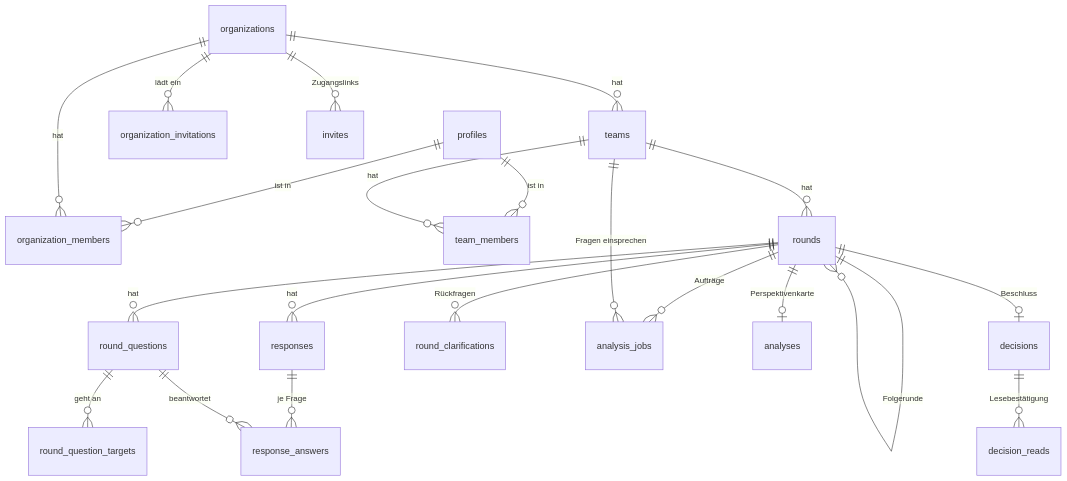
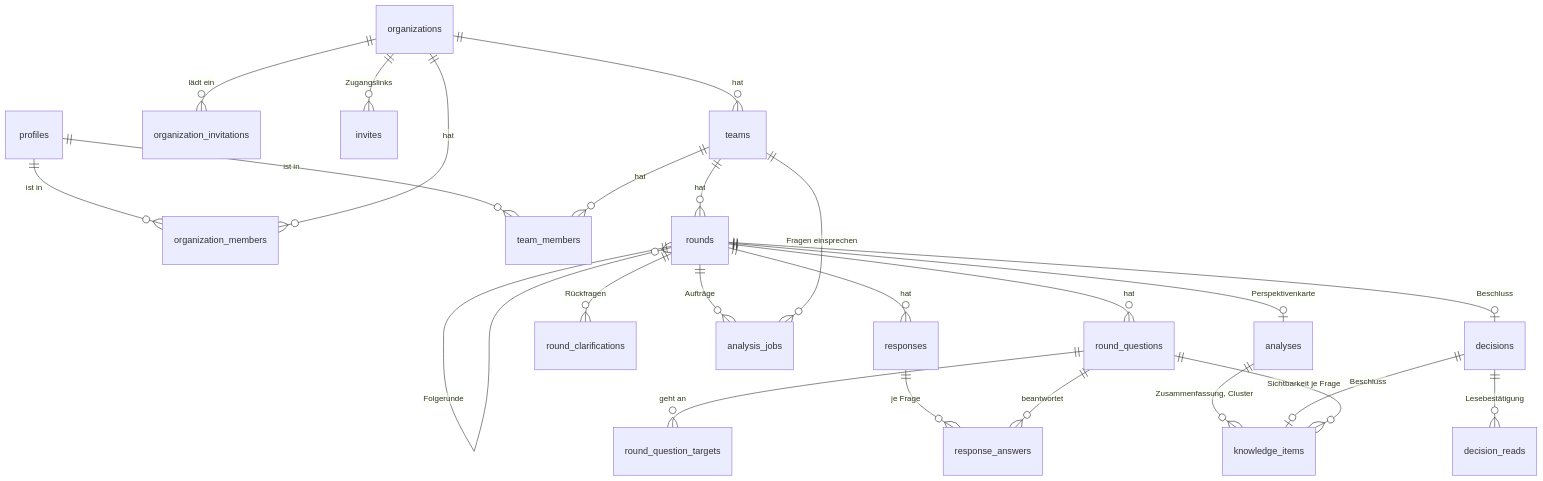
Before and after one commit to Co-Future/CoFuture: the fourth of 4 diagrams in docs/architecture.md, drawn with Mermaid. The commit also changed other lines of this file and 17 other files, not shown here.

````diff
--- a/docs/architecture.md
+++ b/docs/architecture.md
@@ -129,23 +130,26 @@
 ```mermaid
 erDiagram
   profiles ||--o{ organization_members : "ist in"
   organizations ||--o{ organization_members : hat
   organizations ||--o{ organization_invitations : "lädt ein"
   organizations ||--o{ invites : "Zugangslinks"
   organizations ||--o{ teams : hat
   profiles ||--o{ team_members : "ist in"
   teams ||--o{ team_members : hat
   teams ||--o{ rounds : hat
   rounds ||--o{ rounds : "Folgerunde"
   rounds ||--o{ round_questions : hat
   round_questions ||--o{ round_question_targets : "geht an"
   rounds ||--o{ responses : hat
   responses ||--o{ response_answers : "je Frage"
   round_questions ||--o{ response_answers : beantwortet
   rounds ||--o{ round_clarifications : Rückfragen
   rounds ||--o{ analysis_jobs : Aufträge
   teams ||--o{ analysis_jobs : "Fragen einsprechen"
   rounds ||--o| analyses : Perspektivenkarte
   rounds ||--o| decisions : Beschluss
   decisions ||--o{ decision_reads : Lesebestätigung
+  analyses ||--o{ knowledge_items : "Zusammenfassung, Cluster"
+  decisions ||--o| knowledge_items : Beschluss
+  round_questions ||--o{ knowledge_items : "Sichtbarkeit je Frage"
 ```
````
